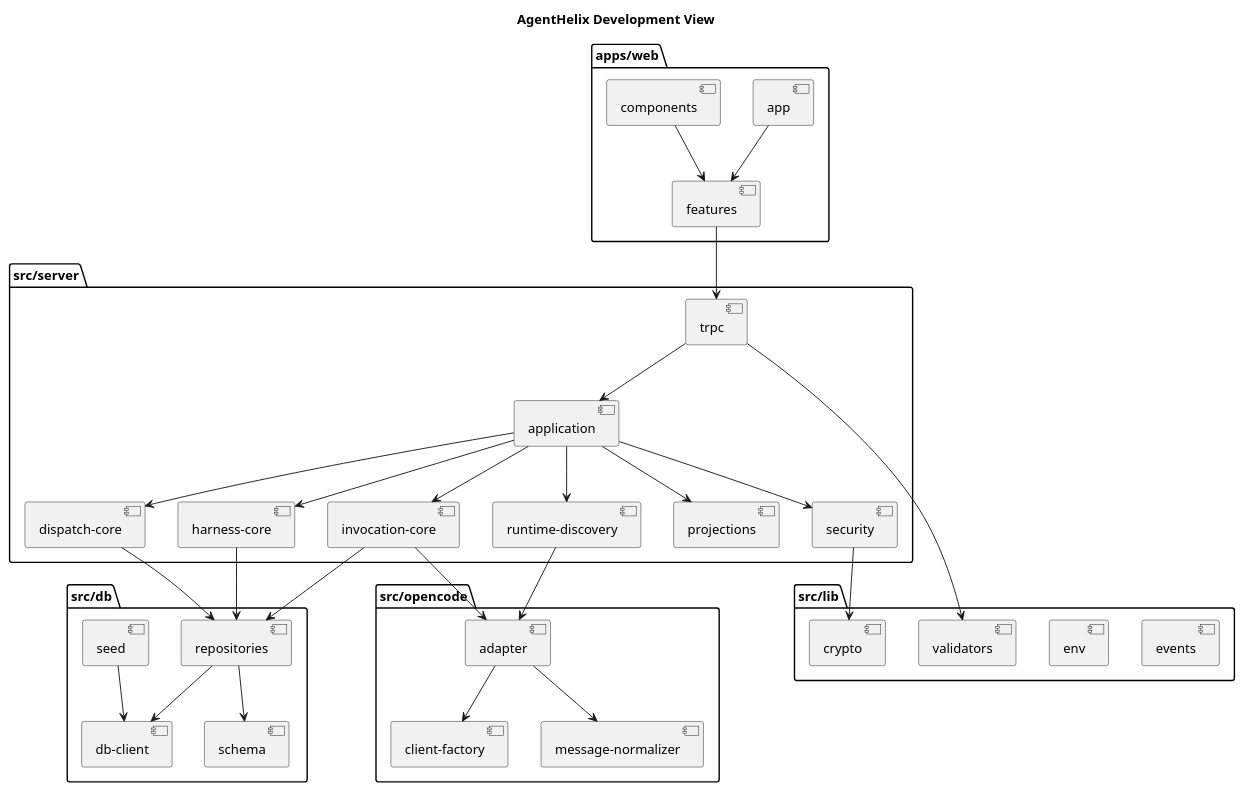
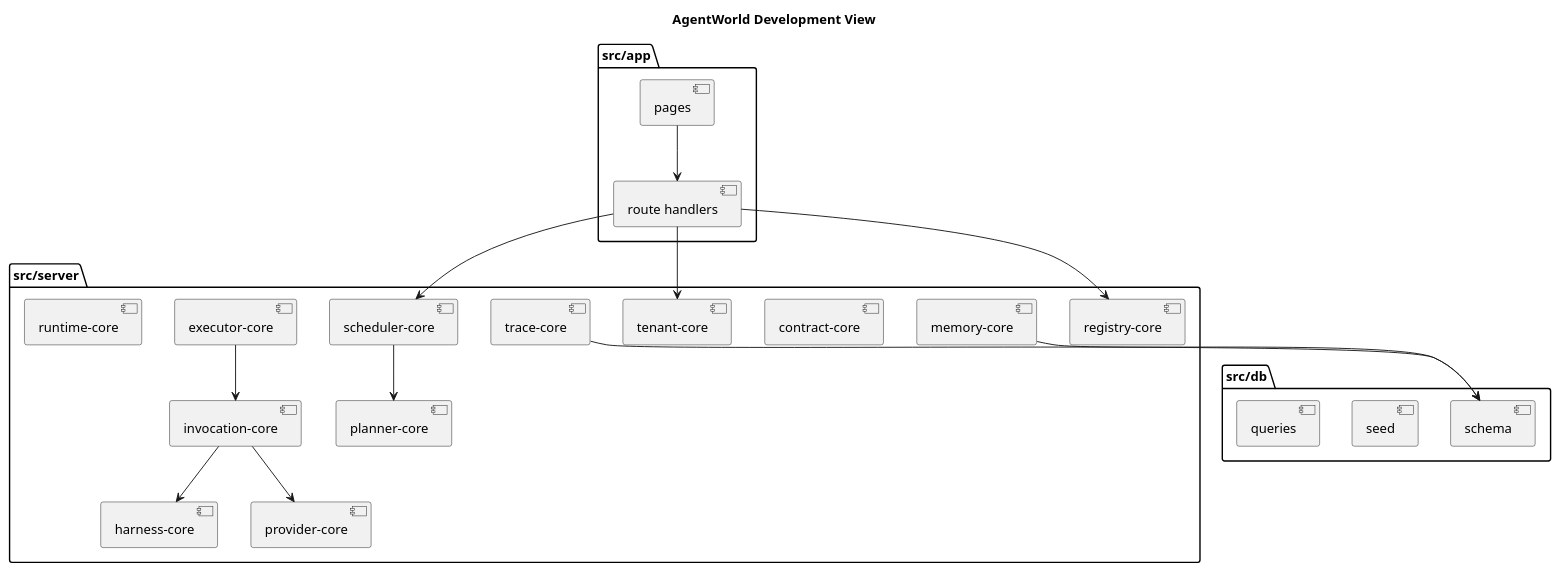
One commit to SimonMing47/agent-world changed the third of 7 diagrams in docs/detailed-design.en.md. Above: the diagram before and after it, drawn with PlantUML. The commit also changed other lines of this file and 3 other files, not shown here.

````diff
--- a/docs/detailed-design.en.md
+++ b/docs/detailed-design.en.md
@@ -1194,66 +974,43 @@
 ```plantuml
 @startuml
-title AgentHelix Development View
+title AgentWorld Development View
 
-package "apps/web" {
-  [app]
-  [components]
-  [features]
+package "src/app" {
+  [pages]
+  [route handlers]
 }
 
 package "src/server" {
-  [trpc]
-  [application]
-  [dispatch-core]
+  [tenant-core]
+  [registry-core]
+  [contract-core]
+  [scheduler-core]
+  [planner-core]
+  [executor-core]
+  [invocation-core]
   [harness-core]
-  [invocation-core]
-  [runtime-discovery]
-  [projections]
-  [security]
+  [memory-core]
+  [trace-core]
+  [provider-core]
+  [runtime-core]
 }
 
 package "src/db" {
   [schema]
-  [repositories]
-  [db-client]
   [seed]
+  [queries]
 }
 
-package "src/opencode" {
-  [adapter]
-  [client-factory]
-  [message-normalizer]
-}
-
-package "src/lib" {
-  [events]
-  [env]
-  [crypto]
-  [validators]
-}
-
-[app] --> [features]
-[features] --> [trpc]
-[components] --> [features]
-[trpc] --> [application]
-[application] --> [dispatch-core]
-[application] --> [harness-core]
-[application] --> [invocation-core]
-[application] --> [runtime-discovery]
-[application] --> [projections]
-[dispatch-core] --> [repositories]
-[harness-core] --> [repositories]
-[invocation-core] --> [repositories]
-[runtime-discovery] --> [adapter]
-[invocation-core] --> [adapter]
-[adapter] --> [client-factory]
-[adapter] --> [message-normalizer]
-[repositories] --> [schema]
-[repositories] --> [db-client]
-[application] --> [security]
-[security] --> [crypto]
-[trpc] --> [validators]
-[seed] --> [db-client]
+[pages] --> [route handlers]
+[route handlers] --> [tenant-core]
+[route handlers] --> [registry-core]
+[route handlers] --> [scheduler-core]
+[scheduler-core] --> [planner-core]
+[executor-core] --> [invocation-core]
+[invocation-core] --> [harness-core]
+[invocation-core] --> [provider-core]
+[memory-core] --> [schema]
+[trace-core] --> [schema]
 
 @enduml
 ```
````
